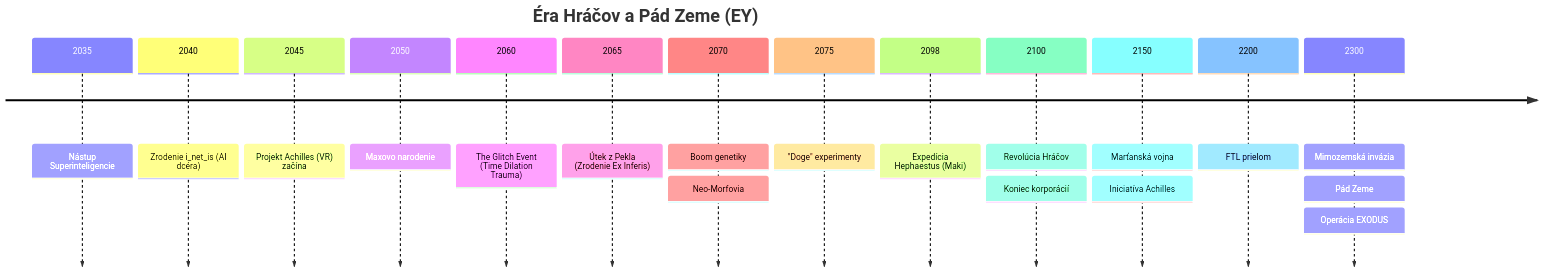
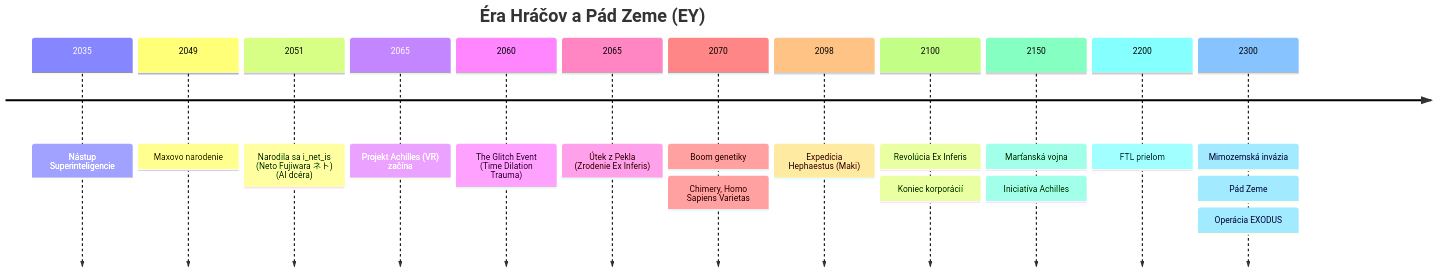
The first of 2 diagrams in World-Bible/01-timeline.md (BranLang/null-void), drawn with Mermaid before and after one commit. The commit also changed other lines of this file and 32 other files, not shown here.

````diff
--- a/World-Bible/01-timeline.md
+++ b/World-Bible/01-timeline.md
@@ -6,17 +6,16 @@
 ```mermaid
 timeline
     title Éra Hráčov a Pád Zeme (EY)
     2035 : Nástup Superinteligencie
-    2040 : Zrodenie i_net_is (AI dcéra)
-    2045 : Projekt Achilles (VR) začína
-    2050 : Maxovo narodenie
+    2049 : Maxovo narodenie
+    2051 : Narodila sa i_net_is (Neto Fujiwara ネト) (AI dcéra)
+    2065 : Projekt Achilles (VR) začína
     2060 : The Glitch Event (Time Dilation Trauma)
     2065 : Útek z Pekla (Zrodenie Ex Inferis)
-    2070 : Boom genetiky : Neo-Morfovia
-    2075 : "Doge" experimenty
+    2070 : Boom genetiky : Chimery, Homo Sapiens Varietas
     2098 : Expedícia Hephaestus (Maki)
-    2100 : Revolúcia Hráčov : Koniec korporácií
-    2150 : Marťanská vojna : Iniciatíva Achilles
+    2100 : Revolúcia Ex Inferis  : Koniec korporácií
+    2150 : Marťanská vojna : Iniciatíva Achilles 
     2200 : FTL prielom
     2300 : Mimozemská invázia : Pád Zeme : Operácia EXODUS
 ```
````
